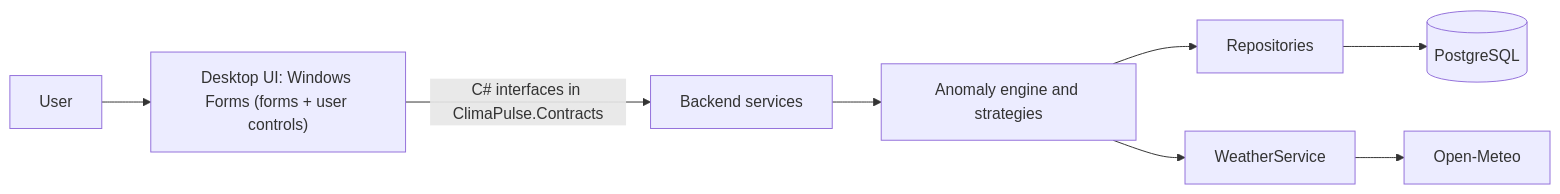
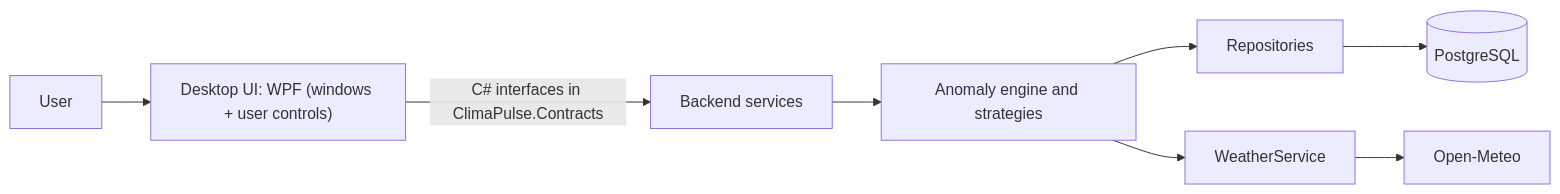
Before and after one commit to Nalen518/Junior-Project: the diagram in docs/SRD.md, drawn with Mermaid. The commit also changed other lines of this file and 9 other files, not shown here.

First line of the commit message:
docs: accept WPF for the desktop UI instead of Windows Forms

````diff
--- a/docs/SRD.md
+++ b/docs/SRD.md
@@ -66,10 +68,10 @@
 ```mermaid
 flowchart LR
-    U[User] --> F["Desktop UI: Windows Forms (forms + user controls)"]
+    U[User] --> F["Desktop UI: WPF (windows + user controls)"]
     F -->|C# interfaces in ClimaPulse.Contracts| A[Backend services]
     A --> E[Anomaly engine and strategies]
     E --> R[Repositories]
     R --> D[(PostgreSQL)]
     E --> W[WeatherService]
     W --> O[Open-Meteo]
 ```
````
